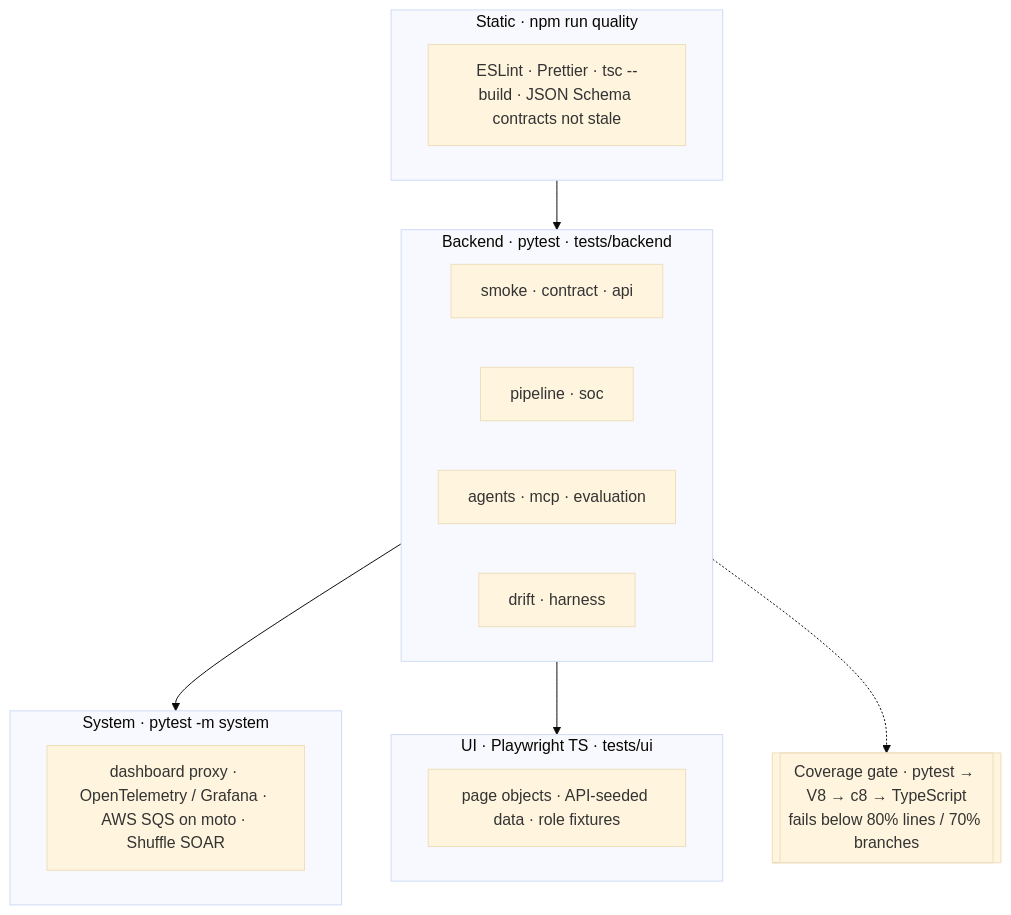
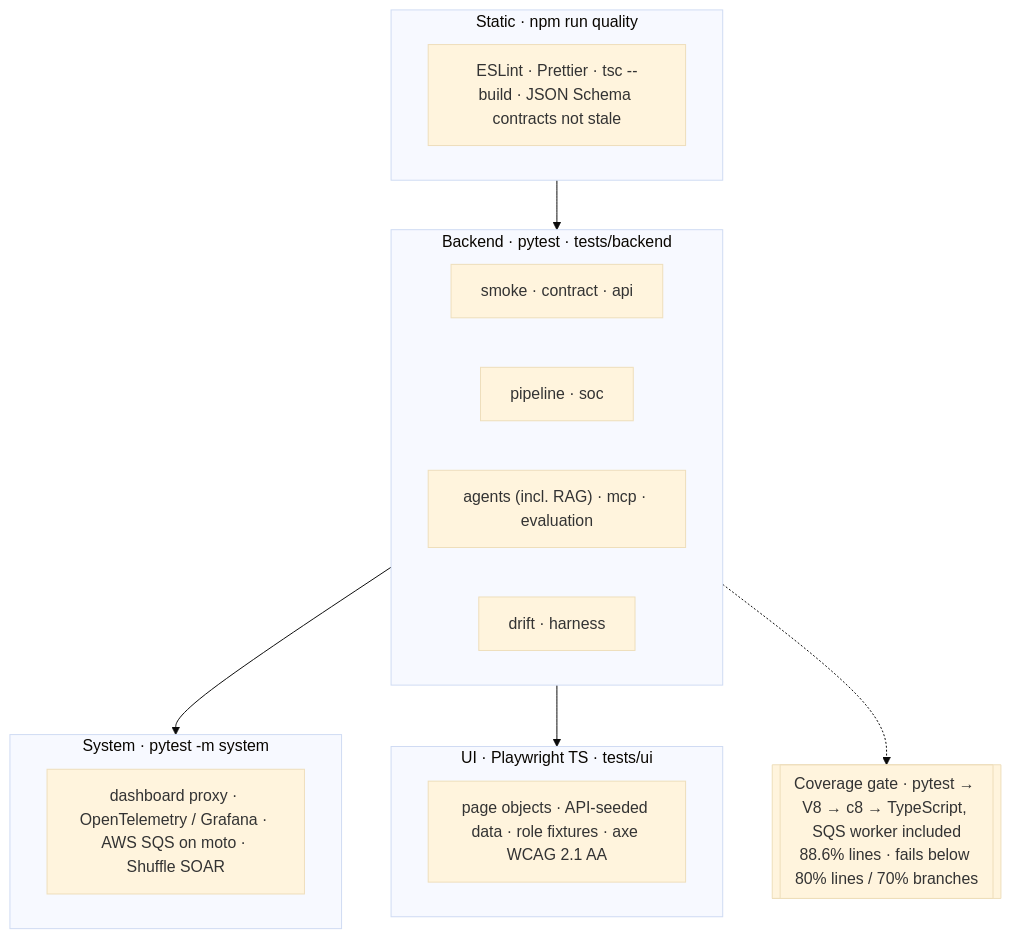
The first of 2 diagrams in README.md (rabinavidan/automation-failure-orchestrator), drawn with Mermaid (base theme) before and after one commit. The commit also changed other lines of this file and 1 other file, not shown here.

First line of the commit message:
Docs: latest test results in the README; architecture review and plan (#87)

````diff
--- a/README.md
+++ b/README.md
@@ -74,23 +78,23 @@
 ```mermaid
 flowchart TB
     subgraph L0["Static · npm run quality"]
         S["ESLint · Prettier · tsc --build · JSON Schema contracts not stale"]
     end
     subgraph L1["Backend · pytest · tests/backend"]
         direction LR
         B1["smoke · contract · api"]
         B2["pipeline · soc"]
-        B3["agents · mcp · evaluation"]
+        B3["agents (incl. RAG) · mcp · evaluation"]
         B4["drift · harness"]
     end
     subgraph L2["System · pytest -m system"]
         SY["dashboard proxy · OpenTelemetry / Grafana · AWS SQS on moto · Shuffle SOAR"]
     end
     subgraph L3["UI · Playwright TS · tests/ui"]
-        U["page objects · API-seeded data · role fixtures"]
+        U["page objects · API-seeded data · role fixtures · axe WCAG 2.1 AA"]
     end
-    COV[["Coverage gate · pytest → V8 → c8 → TypeScript<br/>fails below 80% lines / 70% branches"]]
+    COV[["Coverage gate · pytest → V8 → c8 → TypeScript, SQS worker included<br/>88.6% lines · fails below 80% lines / 70% branches"]]
     L0 --> L1 --> L2
     L1 --> L3
     L1 -.-> COV
 ```
````
